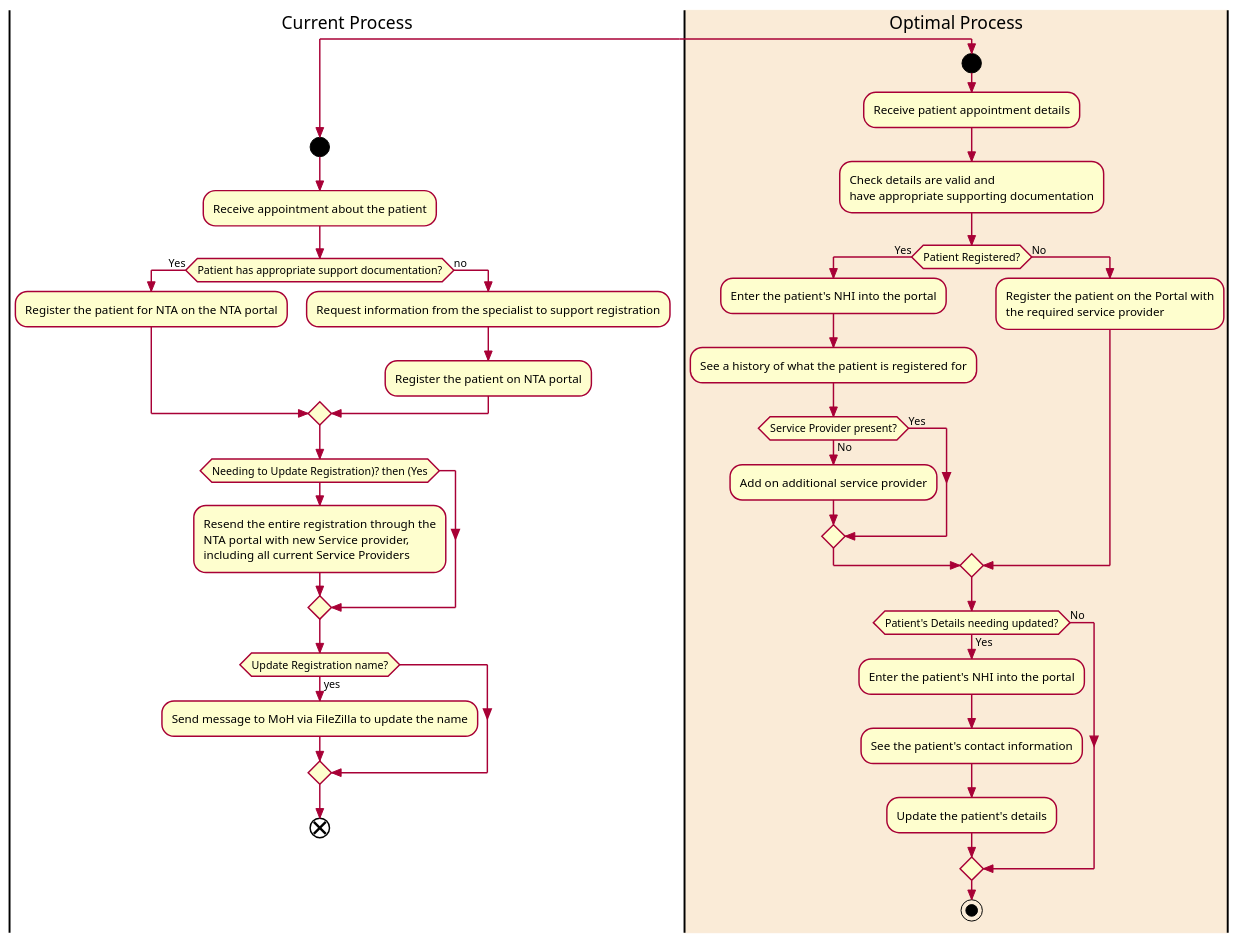
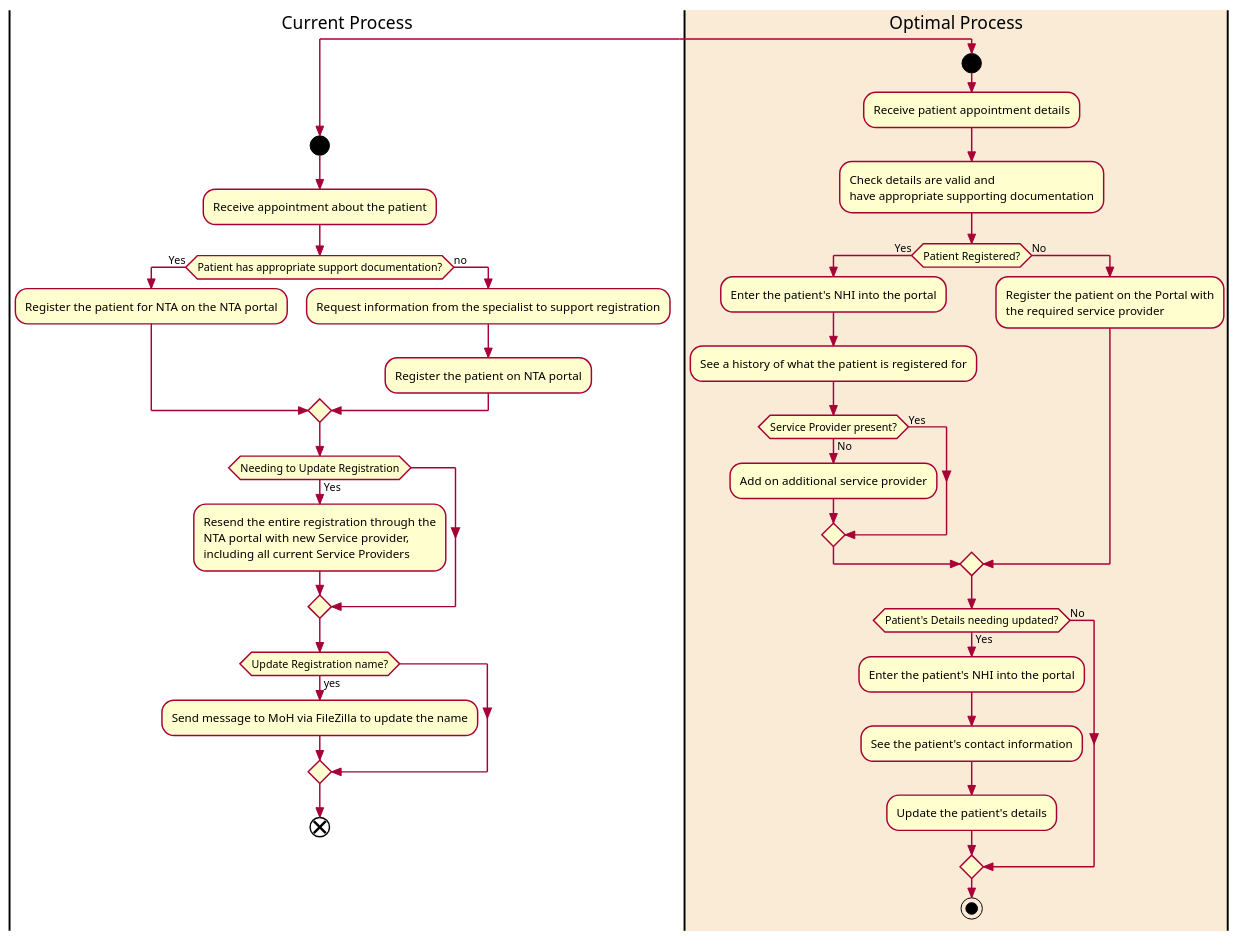
Before and after one commit to hamtana/TravelTracker: the diagram in Planning/Swimlane.puml, drawn with PlantUML. The commit also changed 4 other files, not shown here.

Commit message:
added new diagrams

```diff
--- a/Planning/Swimlane.puml
+++ b/Planning/Swimlane.puml
@@ -1,53 +1,53 @@
 @startuml
 
 skin rose
 skinparam Style StrictUML
 skinparam LineType ortho
 
 split
   |Current Process|
   start
   :Receive appointment about the patient;
   if (Patient has appropriate support documentation?) then (Yes)
     :Register the patient for NTA on the NTA portal;
   else (no)
     :Request information from the specialist to support registration;
     :Register the patient on NTA portal;
   endif
-  if (Needing to Update Registration)? then (Yes)
+  if (Needing to Update Registration) then (Yes)
     :Resend the entire registration through the
     NTA portal with new Service provider, 
     including all current Service Providers;
   endif
   if (Update Registration name?) then (yes)
     :Send message to MoH via FileZilla to update the name;
   endif
   end
 
 split again
   |#AntiqueWhite|Optimal Process|
   start
   :Receive patient appointment details;
   :Check details are valid and
   have appropriate supporting documentation;
   if (Patient Registered?) then (Yes)
       :Enter the patient's NHI into the portal;
       :See a history of what the patient is registered for;
       if (Service Provider present?) then (No)
         :Add on additional service provider;
       else (Yes)
       endif
   else (No)
       :Register the patient on the Portal with
       the required service provider;
   endif 
   
   if (Patient's Details needing updated?) then (Yes)
       :Enter the patient's NHI into the portal;
       :See the patient's contact information;
       :Update the patient's details;
   else (No)
   endif
   stop
 end split
 @enduml
```
